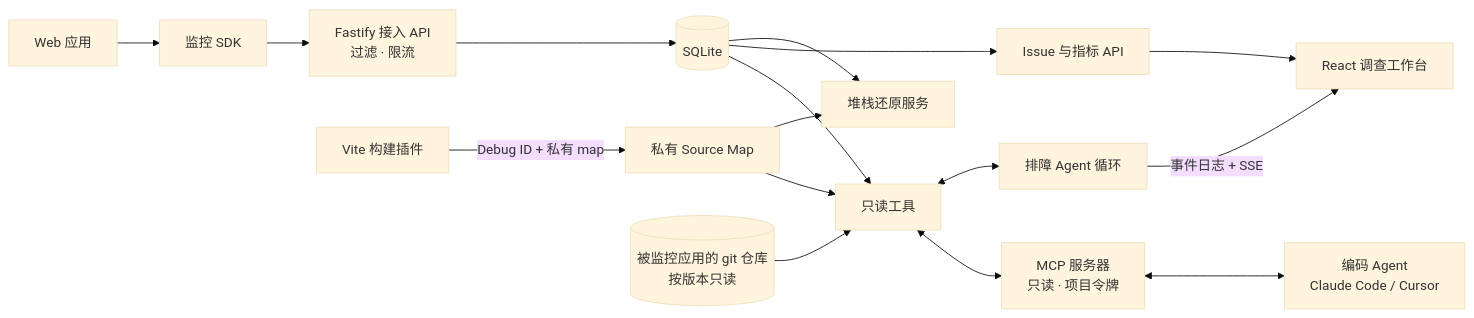
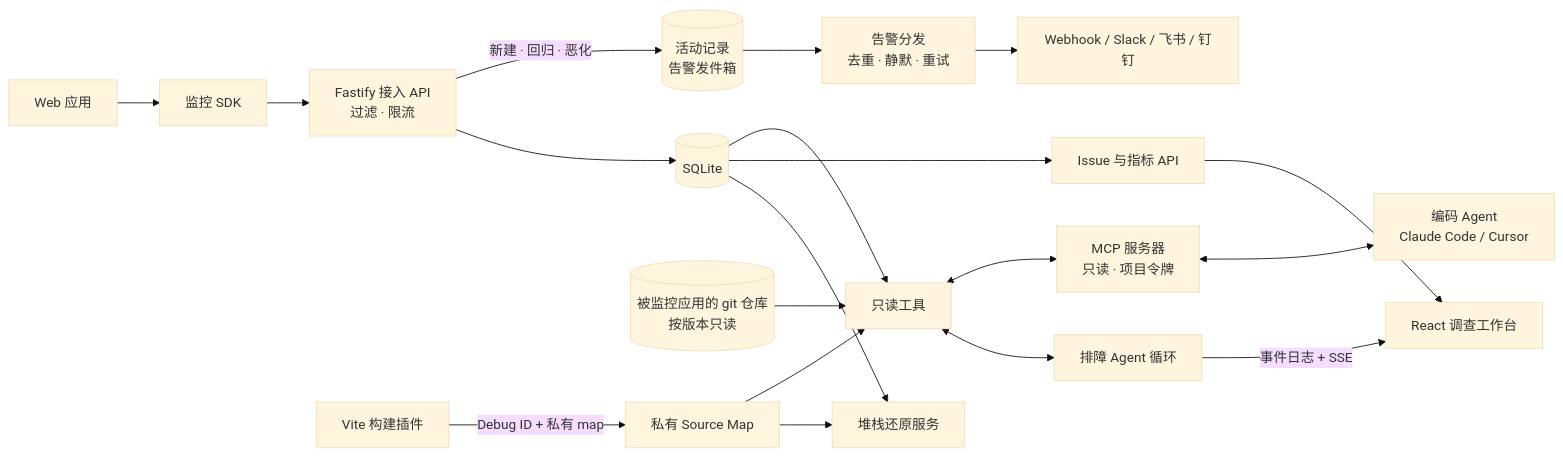
One commit to guiwzh/tracepilot changed the diagram in docs/architecture.md. Above: the diagram before and after it, drawn with Mermaid (base theme). The commit also changed other lines of this file and 38 other files, not shown here.

First line of the commit message:
feat: Issue 生命周期与告警——回归、恶化检测、发件箱分发到 Webhook / Slack / 飞书 / 钉钉

````diff
--- a/docs/architecture.md
+++ b/docs/architecture.md
@@ -5,18 +5,21 @@
 ```mermaid
 flowchart LR
   Web[Web 应用] --> SDK[监控 SDK]
   SDK --> Ingest[Fastify 接入 API<br/>过滤 · 限流]
   Ingest --> SQLite[(SQLite)]
   Build[Vite 构建插件] -- Debug ID + 私有 map --> Maps[私有 Source Map]
   Maps --> Symbolicator[堆栈还原服务]
   SQLite --> Symbolicator
   SQLite --> Query[Issue 与指标 API]
   Query --> Dashboard[React 调查工作台]
   SQLite --> Tools[只读工具]
   Repo[(被监控应用的 git 仓库<br/>按版本只读)] --> Tools
   Maps --> Tools
   Tools <--> Agent[排障 Agent 循环]
   Agent -- 事件日志 + SSE --> Dashboard
   Tools <--> MCP[MCP 服务器<br/>只读 · 项目令牌]
   MCP <--> Coder[编码 Agent<br/>Claude Code / Cursor]
+  Ingest -- 新建 · 回归 · 恶化 --> Outbox[(活动记录<br/>告警发件箱)]
+  Outbox --> Alerts[告警分发<br/>去重 · 静默 · 重试]
+  Alerts --> Chat[Webhook / Slack / 飞书 / 钉钉]
 ```
````
